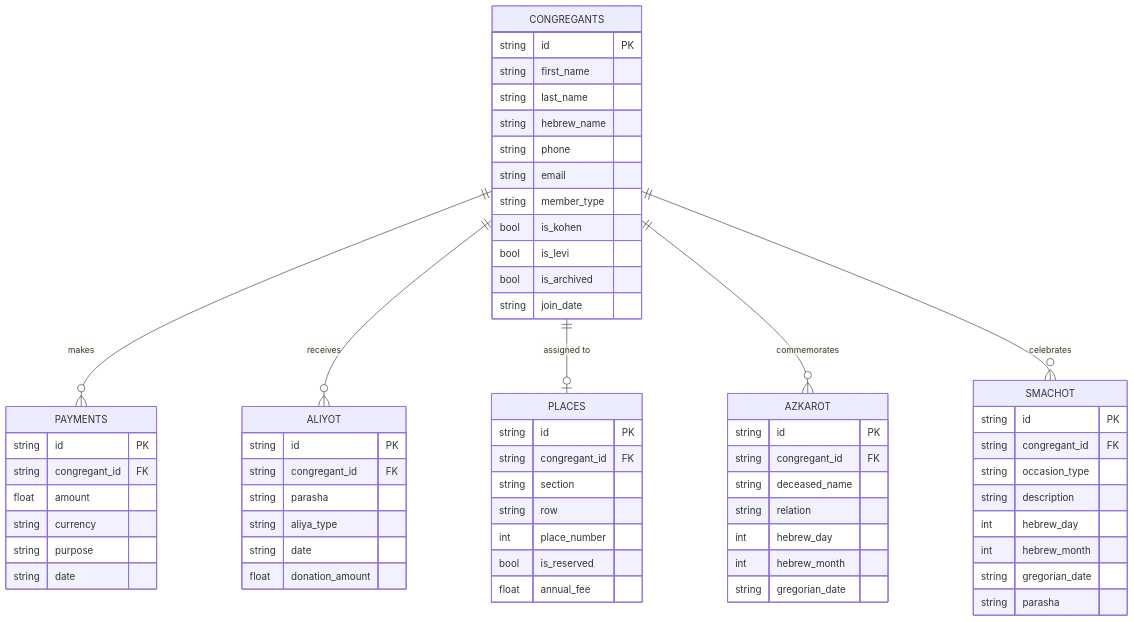
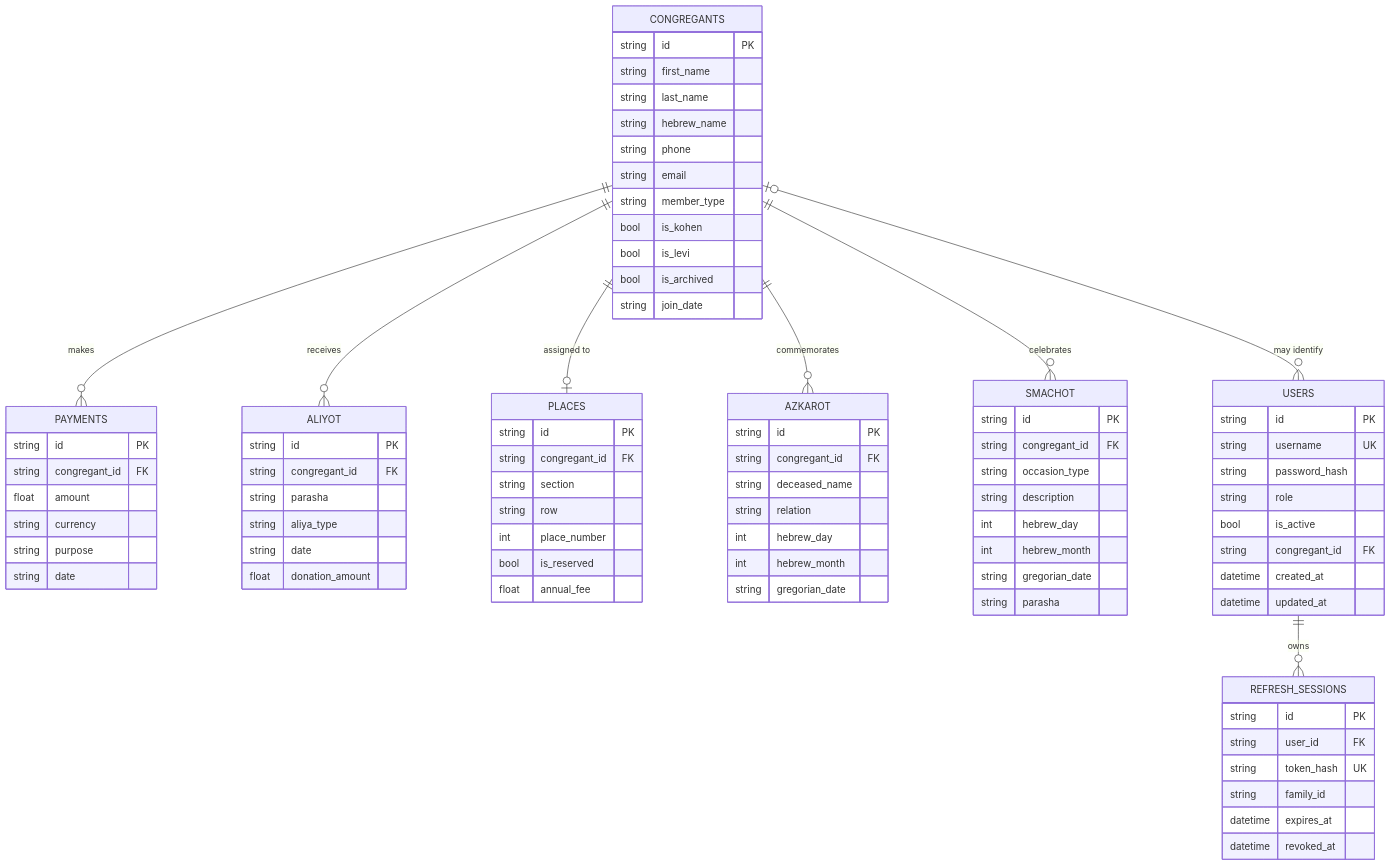
Before and after one commit to botbole/gabay: the eighth of 8 diagrams in docs/ARCHITECTURE.md, drawn with Mermaid. The commit also changed other lines of this file and 70 other files, not shown here.

````diff
--- a/docs/ARCHITECTURE.md
+++ b/docs/ARCHITECTURE.md
@@ -294,9 +354,31 @@
         string parasha
     }
 
+    USERS {
+        string id PK
+        string username UK
+        string password_hash
+        string role
+        bool is_active
+        string congregant_id FK
+        datetime created_at
+        datetime updated_at
+    }
+
+    REFRESH_SESSIONS {
+        string id PK
+        string user_id FK
+        string token_hash UK
+        string family_id
+        datetime expires_at
+        datetime revoked_at
+    }
+
     CONGREGANTS ||--o{ PAYMENTS  : "makes"
     CONGREGANTS ||--o{ ALIYOT    : "receives"
     CONGREGANTS ||--o| PLACES    : "assigned to"
     CONGREGANTS ||--o{ AZKAROT   : "commemorates"
     CONGREGANTS ||--o{ SMACHOT   : "celebrates"
+    CONGREGANTS o|--o{ USERS : "may identify"
+    USERS ||--o{ REFRESH_SESSIONS : "owns"
 ```
````
